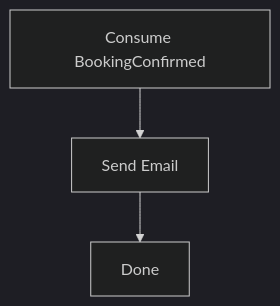
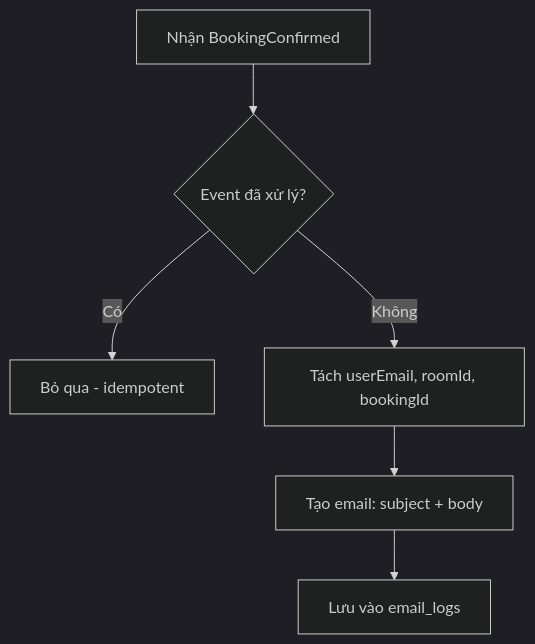
One commit to bangit14/WebBanHang-Project changed the sixth of 6 diagrams in analysis-and-design-ddd.md. Above: the diagram before and after it, drawn with Mermaid (dark theme). The commit also changed other lines of this file, not shown here.

````diff
--- a/analysis-and-design-ddd.md
+++ b/analysis-and-design-ddd.md
@@ -236,5 +325,8 @@
 ```mermaid
 flowchart TD
-    A[Consume BookingConfirmed] --> B[Send Email]
-    B --> C[Done]
+    A[Nhận BookingConfirmed] --> B{Event đã xử lý?}
+    B -->|Có| C[Bỏ qua - idempotent]
+    B -->|Không| D[Tách userEmail, roomId, bookingId]
+    D --> E[Tạo email: subject + body]
+    E --> F[Lưu vào email_logs]
 ```
````
